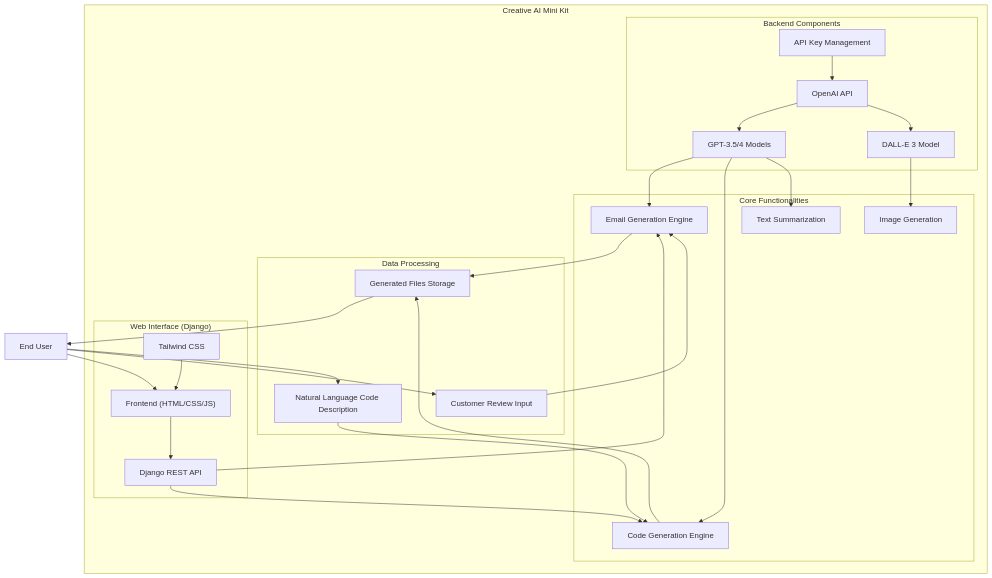
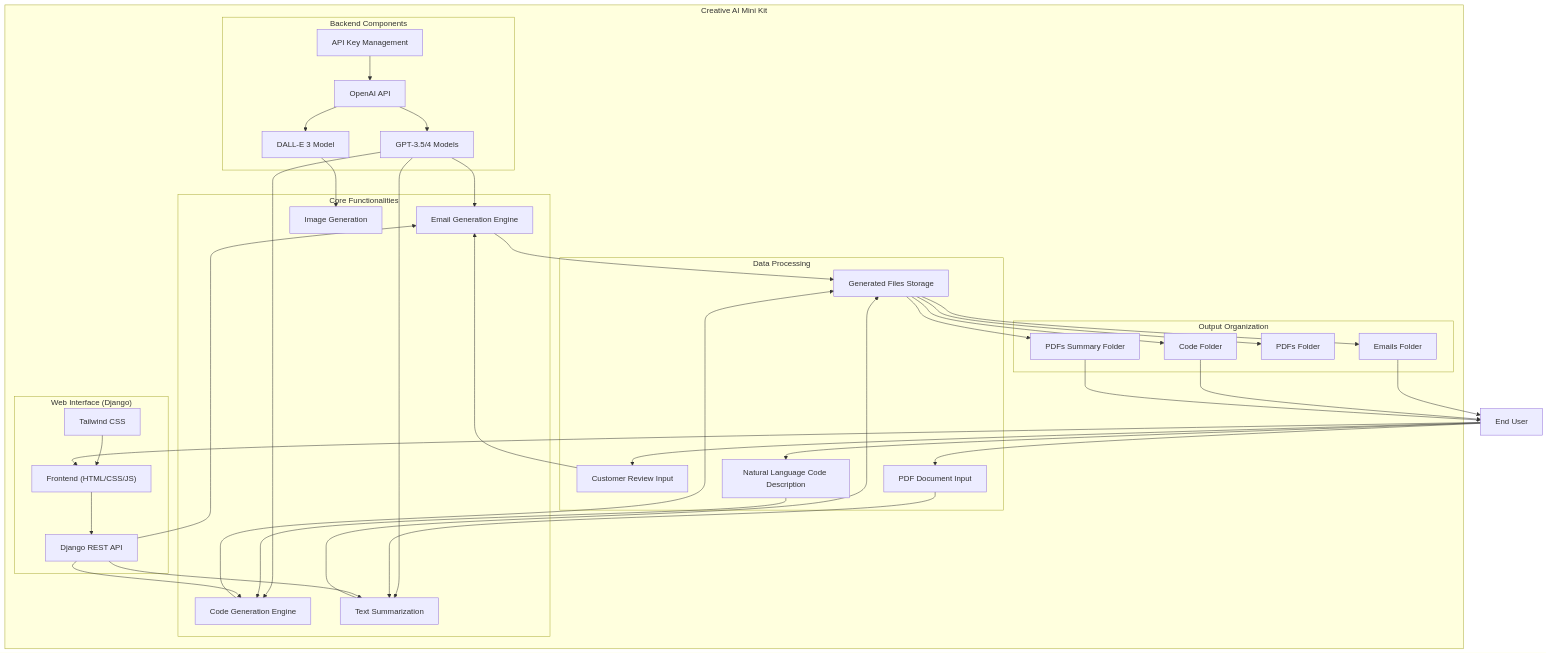
Before and after one commit to Swamy-s-Tech-Skills-Academy-AI-ML-Data/creative-ai-mini-kit: the diagram in docs/demo_script.md, drawn with Mermaid. The commit also changed other lines of this file and 1 other file, not shown here.

````diff
--- a/docs/demo_script.md
+++ b/docs/demo_script.md
@@ -34,55 +34,74 @@
 ```mermaid
 graph TD
     subgraph "Creative AI Mini Kit"
         subgraph "Backend Components"
             OpenAIAPI[OpenAI API]
             GPT["GPT-3.5/4 Models"]
             DALLE["DALL-E 3 Model"]
             
             APIKey["API Key Management"]
             
             OpenAIAPI --> GPT
             OpenAIAPI --> DALLE
             APIKey --> OpenAIAPI
         end
         
         subgraph "Core Functionalities"
             EmailGen["Email Generation Engine"]
             CodeGen["Code Generation Engine"]
             TextSum["Text Summarization"]
             ImgGen["Image Generation"]
             
             GPT --> EmailGen
             GPT --> CodeGen
             GPT --> TextSum
             DALLE --> ImgGen
         end
         
         subgraph "Data Processing"
             ReviewInput["Customer Review Input"]
             CodePrompt["Natural Language Code Description"]
+            PDFInput["PDF Document Input"]
             FileStorage["Generated Files Storage"]
             
             ReviewInput --> EmailGen
             CodePrompt --> CodeGen
+            PDFInput --> TextSum
             EmailGen --> FileStorage
             CodeGen --> FileStorage
+            TextSum --> FileStorage
+        end
+        
+        subgraph "Output Organization"
+            EmailsFolder["Emails Folder"]
+            CodeFolder["Code Folder"]
+            PDFsFolder["PDFs Folder"]
+            SummaryFolder["PDFs Summary Folder"]
+            
+            FileStorage --> EmailsFolder
+            FileStorage --> CodeFolder
+            FileStorage --> PDFsFolder
+            FileStorage --> SummaryFolder
         end
         
         subgraph "Web Interface (Django)"
             Frontend["Frontend (HTML/CSS/JS)"]
             API["Django REST API"]
             TailwindCSS["Tailwind CSS"]
             
             API --> EmailGen
             API --> CodeGen
+            API --> TextSum
             TailwindCSS --> Frontend
             Frontend --> API
         end
     end
     
     User["End User"] --> Frontend
     User --> ReviewInput
     User --> CodePrompt
-    FileStorage --> User
+    User --> PDFInput
+    EmailsFolder --> User
+    CodeFolder --> User
+    SummaryFolder --> User
 ```
````
